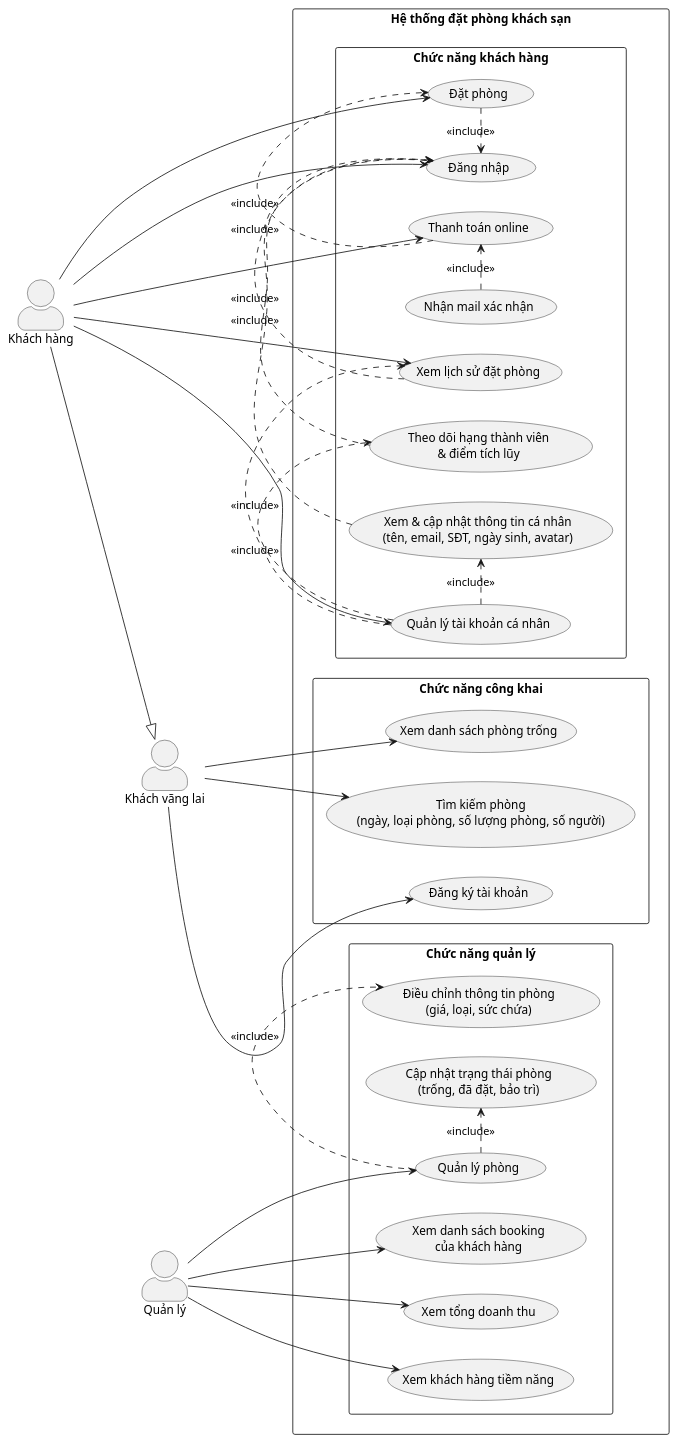
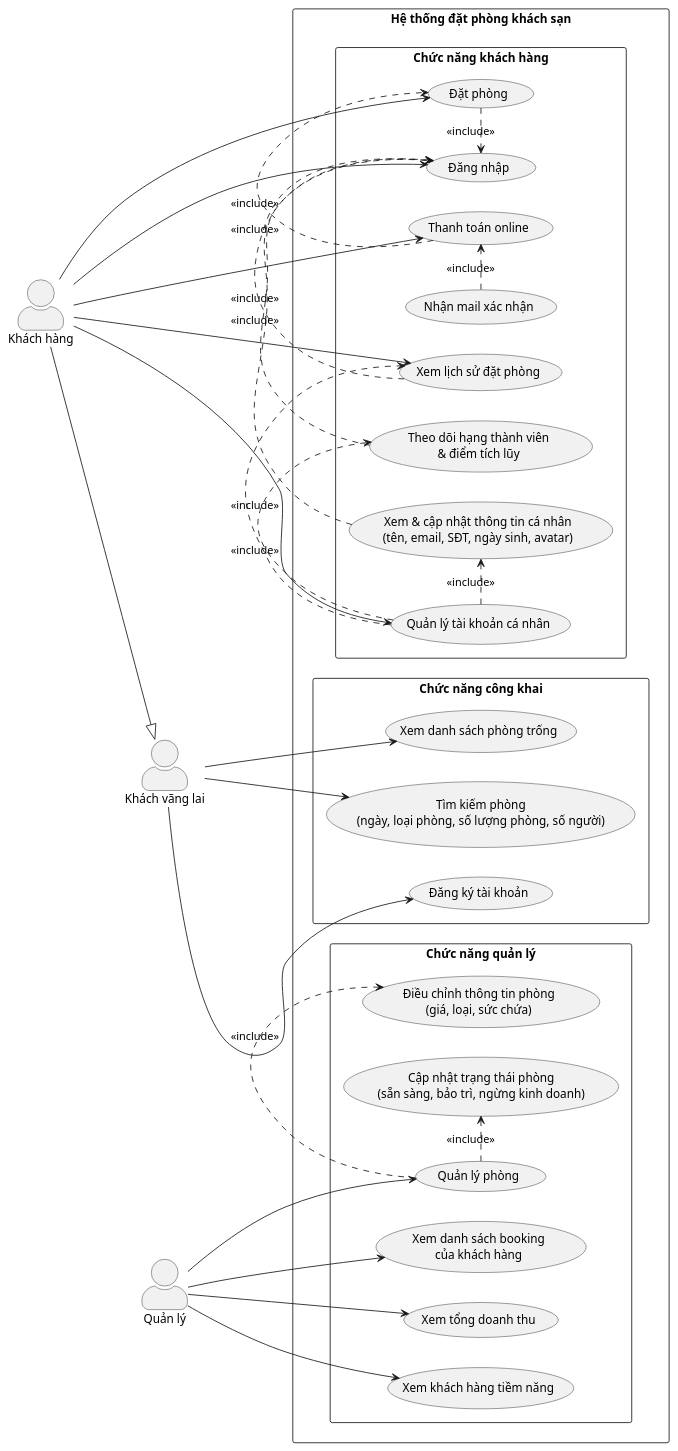
The diagram in src/main/java/org/example/project_cuoiky_congnghephanmem_oose/uml/usecase_hotel.puml (Khoa18062005/Project_CuoiKy_OOSE_FIT_HCMUTE), drawn with PlantUML before and after one commit.

Commit message:
modify usecase hotel

```diff
--- a/src/main/java/org/example/project_cuoiky_congnghephanmem_oose/uml/usecase_hotel.puml
+++ b/src/main/java/org/example/project_cuoiky_congnghephanmem_oose/uml/usecase_hotel.puml
@@ -1,73 +1,73 @@
 @startuml Hotel Booking UseCase Diagram
 
 left to right direction
 skinparam packageStyle rectangle
 skinparam actorStyle awesome
 
 actor "Khách vãng lai" as Guest
 actor "Khách hàng" as Customer
 actor "Quản lý" as Manager
 
 Customer --|> Guest
 
 rectangle "Hệ thống đặt phòng khách sạn" {
 
   package "Chức năng công khai" {
     usecase "Xem danh sách phòng trống" as UC1
     usecase "Tìm kiếm phòng\n(ngày, loại phòng, số lượng phòng, số người)" as UC4
     usecase "Đăng ký tài khoản" as UC2
   }
 
   package "Chức năng khách hàng" {
     usecase "Đăng nhập" as UC3
     usecase "Đặt phòng" as UC5
     usecase "Thanh toán online" as UC6
     usecase "Nhận mail xác nhận" as UC7
     usecase "Xem lịch sử đặt phòng" as UC8
     usecase "Xem & cập nhật thông tin cá nhân\n(tên, email, SĐT, ngày sinh, avatar)" as UC9
     usecase "Theo dõi hạng thành viên\n& điểm tích lũy" as UC10
     usecase "Quản lý tài khoản cá nhân" as UC17
   }
 
   package "Chức năng quản lý" {
     usecase "Xem danh sách booking\ncủa khách hàng" as UC11
-    usecase "Cập nhật trạng thái phòng\n(trống, đã đặt, bảo trì)" as UC12
+    usecase "Cập nhật trạng thái phòng\n(sẵn sàng, bảo trì, ngừng kinh doanh)" as UC12
     usecase "Điều chỉnh thông tin phòng\n(giá, loại, sức chứa)" as UC13
     usecase "Xem tổng doanh thu" as UC14
     usecase "Xem khách hàng tiềm năng" as UC15
     usecase "Quản lý phòng" as UC16
   }
 }
 
 ' Guest associations
 Guest --> UC1
 Guest --> UC2
 Guest --> UC4
 
 ' Customer associations – now only to the new account management and the other main use cases
 Customer --> UC3
 Customer --> UC5
 Customer --> UC6
 Customer --> UC8
 Customer --> UC17
 
 ' Manager associations – now only to the new room management and the other main use cases
 Manager --> UC11
 Manager --> UC14
 Manager --> UC15
 Manager --> UC16
 
 ' Include relationships
 UC5 .> UC3 : <<include>>
 UC6 .> UC5 : <<include>>
 UC7 .> UC6 : <<include>>
 UC8 .> UC3 : <<include>>
 UC9 .> UC3 : <<include>>
 UC10 .> UC3 : <<include>>
 UC17 .> UC9 : <<include>>
 UC17 .> UC10 : <<include>>
 UC16 .> UC12 : <<include>>
 UC16 .> UC13 : <<include>>
 UC17 .> UC8 : <<include>>
 
 @enduml
```
